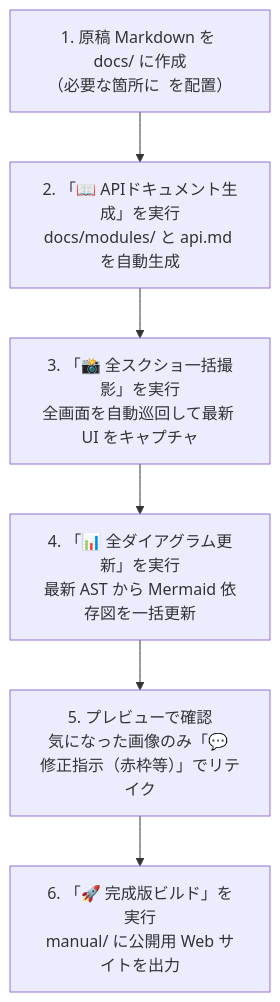
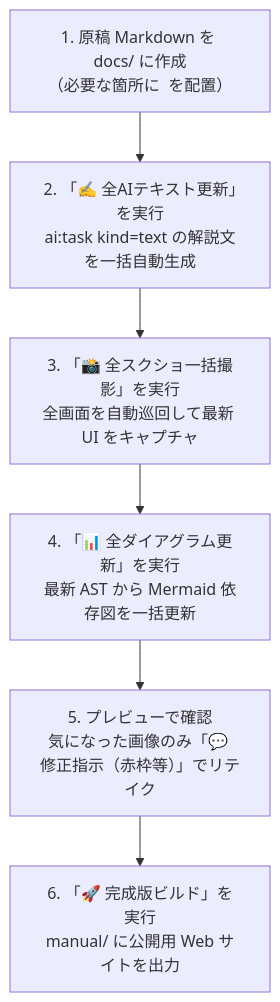
One commit to tamon-ishii/module_loom changed the diagram in sample_project/docs/documentation-preview.md. Above: the diagram before and after it, drawn with Mermaid. The commit also changed other lines of this file and 91 other files, not shown here.

````diff
--- a/sample_project/docs/documentation-preview.md
+++ b/sample_project/docs/documentation-preview.md
@@ -55,8 +54,8 @@
 ```mermaid
 flowchart TD
-    Step1["1. 原稿 Markdown を docs/ に作成<br>（必要な箇所に <!-- ai:task --> を配置）"] --> Step2["2. 「📖 APIドキュメント生成」を実行<br>docs/modules/ と api.md を自動生成"]
+    Step1["1. 原稿 Markdown を docs/ に作成<br>（必要な箇所に <!-- ai:task --> を配置）"] --> Step2["2. 「✍️ 全AIテキスト更新」を実行<br>ai:task kind=text の解説文を一括自動生成"]
     Step2 --> Step3["3. 「📸 全スクショ一括撮影」を実行<br>全画面を自動巡回して最新 UI をキャプチャ"]
     Step3 --> Step4["4. 「📊 全ダイアグラム更新」を実行<br>最新 AST から Mermaid 依存図を一括更新"]
     Step4 --> Step5["5. プレビューで確認<br>気になった画像のみ「💬 修正指示（赤枠等）」でリテイク"]
     Step5 --> Step6["6. 「🚀 完成版ビルド」を実行<br>manual/ に公開用 Web サイトを出力"]
 ```
````
